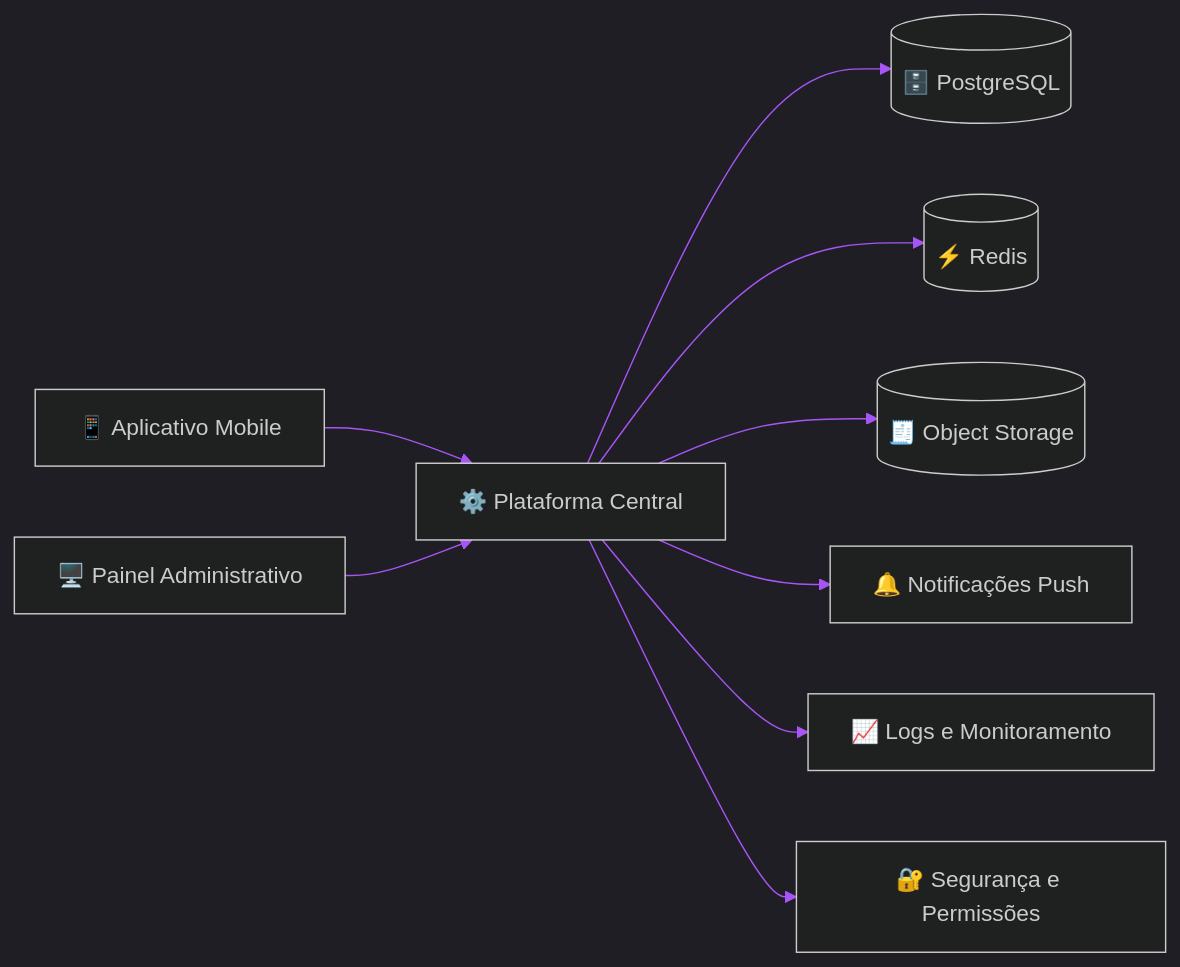
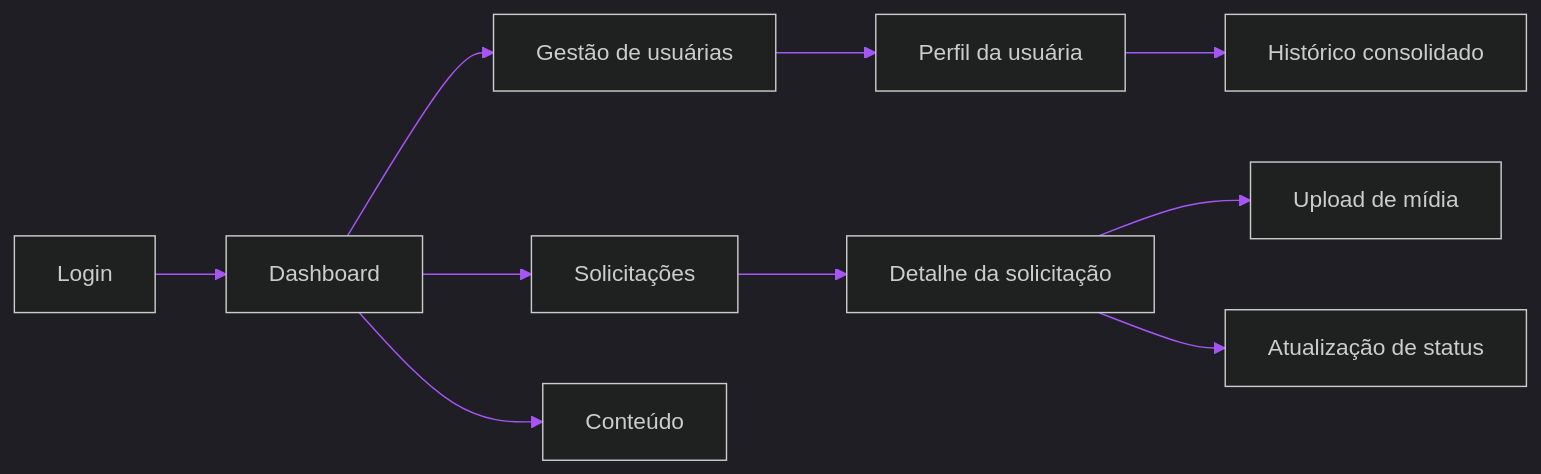
One commit to NickDevHolz/Terra-Conecta changed the third of 11 diagrams in Terra Conecta — Proposta Institucional, Comercial e Técnica.md. Above: the diagram before and after it, drawn with Mermaid. The commit also changed other lines of this file, not shown here.

````diff
--- a/Terra Conecta — Proposta Institucional, Comercial e Técnica.md
+++ b/Terra Conecta — Proposta Institucional, Comercial e Técnica.md
@@ -233,22 +299,23 @@
 ```mermaid
 %%{init: {
 'theme':'dark',
 'themeVariables':{
 'background':'#020617',
-'primaryColor':'#22d3ee',
+'primaryColor':'#0ea5e9',
 'primaryTextColor':'#f8fafc',
-'primaryBorderColor':'#39ff14',
+'primaryBorderColor':'#22c55e',
 'lineColor':'#a855f7',
 'secondaryColor':'#0f172a',
 'tertiaryColor':'#111827'
 }}}%%
 flowchart LR
-A[📱 Aplicativo Mobile] --> B[⚙️ Plataforma Central]
-C[🖥️ Painel Administrativo] --> B
-B --> D[(🗄️ PostgreSQL)]
-B --> E[(⚡ Redis)]
-B --> F[(🧾 Object Storage)]
-B --> G[🔔 Notificações Push]
-B --> H[📈 Logs e Monitoramento]
-B --> I[🔐 Segurança e Permissões]
+A[Login] --> B[Dashboard]
+B --> C[Gestão de usuárias]
+B --> D[Solicitações]
+B --> E[Conteúdo]
+D --> F[Detalhe da solicitação]
+F --> G[Upload de mídia]
+F --> H[Atualização de status]
+C --> I[Perfil da usuária]
+I --> J[Histórico consolidado]
 ```
````
